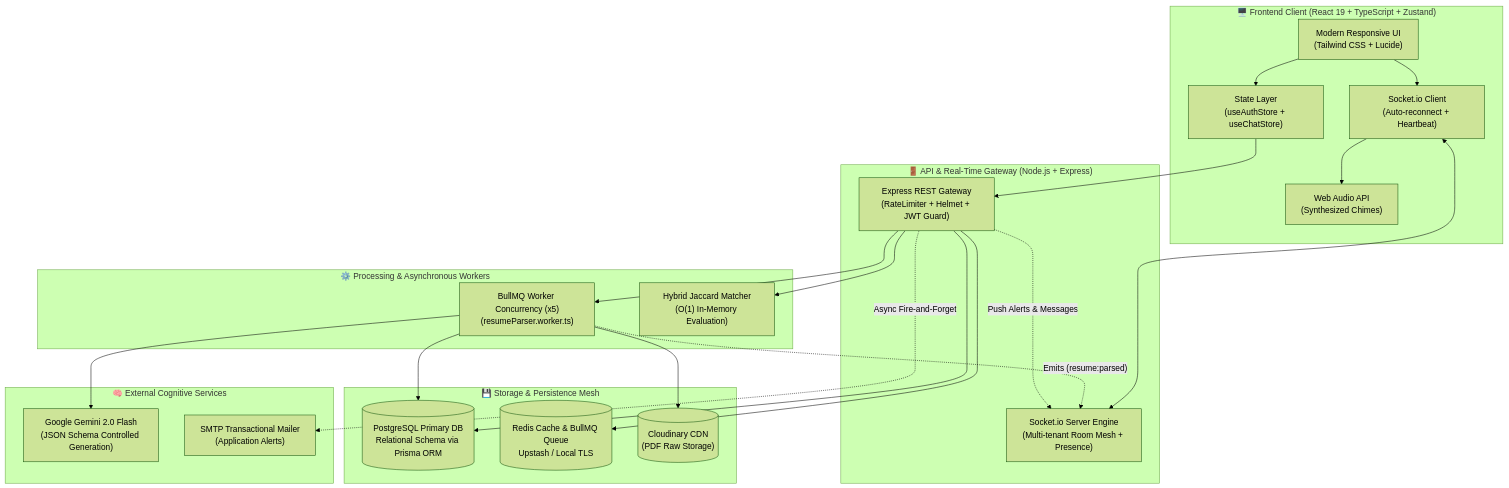
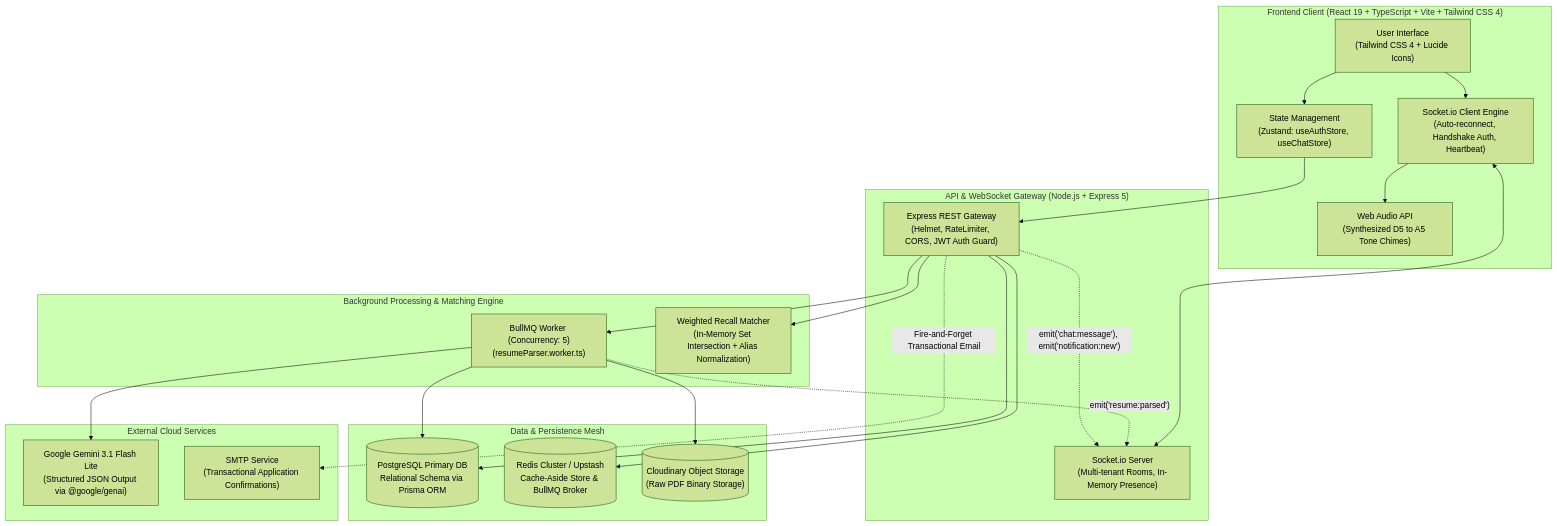
The first of 2 diagrams in README.md (harshu06969o/Career-Nest), drawn with Mermaid (forest theme) before and after one commit. The commit also changed other lines of this file and 15 other files, not shown here.

````diff
--- a/README.md
+++ b/README.md
@@ -47,53 +49,53 @@
 ```mermaid
 flowchart TB
-    subgraph ClientLayer["🖥️ Frontend Client (React 19 + TypeScript + Zustand)"]
-        UI["Modern Responsive UI\n(Tailwind CSS + Lucide)"]
-        Store["State Layer\n(useAuthStore + useChatStore)"]
-        SocketClient["Socket.io Client\n(Auto-reconnect + Heartbeat)"]
-        Audio["Web Audio API\n(Synthesized Chimes)"]
+    subgraph ClientLayer["Frontend Client (React 19 + TypeScript + Vite + Tailwind CSS 4)"]
+        UI["User Interface\n(Tailwind CSS 4 + Lucide Icons)"]
+        Store["State Management\n(Zustand: useAuthStore, useChatStore)"]
+        SocketClient["Socket.io Client Engine\n(Auto-reconnect, Handshake Auth, Heartbeat)"]
+        AudioEngine["Web Audio API\n(Synthesized D5 to A5 Tone Chimes)"]
     end
 
-    subgraph GatewayLayer["🚪 API & Real-Time Gateway (Node.js + Express)"]
-        HTTPGateway["Express REST Gateway\n(RateLimiter + Helmet + JWT Guard)"]
-        SocketGateway["Socket.io Server Engine\n(Multi-tenant Room Mesh + Presence)"]
+    subgraph GatewayLayer["API & WebSocket Gateway (Node.js + Express 5)"]
+        HTTPGateway["Express REST Gateway\n(Helmet, RateLimiter, CORS, JWT Auth Guard)"]
+        SocketGateway["Socket.io Server\n(Multi-tenant Rooms, In-Memory Presence)"]
     end
 
-    subgraph ProcessingLayer["⚙️ Processing & Asynchronous Workers"]
-        BullWorker["BullMQ Worker Concurrency (x5)\n(resumeParser.worker.ts)"]
-        JaccardEngine["Hybrid Jaccard Matcher\n(O(1) In-Memory Evaluation)"]
+    subgraph ProcessingLayer["Background Processing & Matching Engine"]
+        BullWorker["BullMQ Worker (Concurrency: 5)\n(resumeParser.worker.ts)"]
+        MatcherEngine["Weighted Recall Matcher\n(In-Memory Set Intersection + Alias Normalization)"]
     end
 
-    subgraph StorageLayer["💾 Storage & Persistence Mesh"]
+    subgraph StorageLayer["Data & Persistence Mesh"]
         Postgres[(PostgreSQL Primary DB\nRelational Schema via Prisma ORM)]
-        RedisCache[(Redis Cache & BullMQ Queue\nUpstash / Local TLS)]
-        CloudinaryCDN[("Cloudinary CDN\n(PDF Raw Storage)")]
+        RedisCache[(Redis Cluster / Upstash\nCache-Aside Store & BullMQ Broker)]
+        CloudinaryCDN[("Cloudinary Object Storage\n(Raw PDF Binary Storage)")]
     end
 
-    subgraph ExternalIntelligence["🧠 External Cognitive Services"]
-        Gemini["Google Gemini 2.0 Flash\n(JSON Schema Controlled Generation)"]
-        Nodemailer["SMTP Transactional Mailer\n(Application Alerts)"]
+    subgraph ExternalServices["External Cloud Services"]
+        Gemini["Google Gemini 3.1 Flash Lite\n(Structured JSON Output via @google/genai)"]
+        Nodemailer["SMTP Service\n(Transactional Application Confirmations)"]
     end
 
-    %% Client Interactions
+    %% Client Layer Connections
     UI --> Store
     Store --> HTTPGateway
     UI --> SocketClient
     SocketClient <--> SocketGateway
-    SocketClient --> Audio
+    SocketClient --> AudioEngine
 
     %% Gateway Routing
     HTTPGateway --> Postgres
     HTTPGateway --> RedisCache
     HTTPGateway --> BullWorker
-    HTTPGateway --> JaccardEngine
+    HTTPGateway --> MatcherEngine
 
-    %% Worker Pipeline
+    %% Worker Data Pipeline
     BullWorker --> CloudinaryCDN
     BullWorker --> Gemini
     BullWorker --> Postgres
-    BullWorker -.->|"Emits (resume:parsed)"| SocketGateway
+    BullWorker -.->|"emit('resume:parsed')"| SocketGateway
 
-    %% Live Events & Mail
-    HTTPGateway -.->|"Push Alerts & Messages"| SocketGateway
-    HTTPGateway -.->|"Async Fire-and-Forget"| Nodemailer
+    %% Event Dispatches
+    HTTPGateway -.->|"emit('chat:message'), emit('notification:new')"| SocketGateway
+    HTTPGateway -.->|"Fire-and-Forget Transactional Email"| Nodemailer
 ```
````
